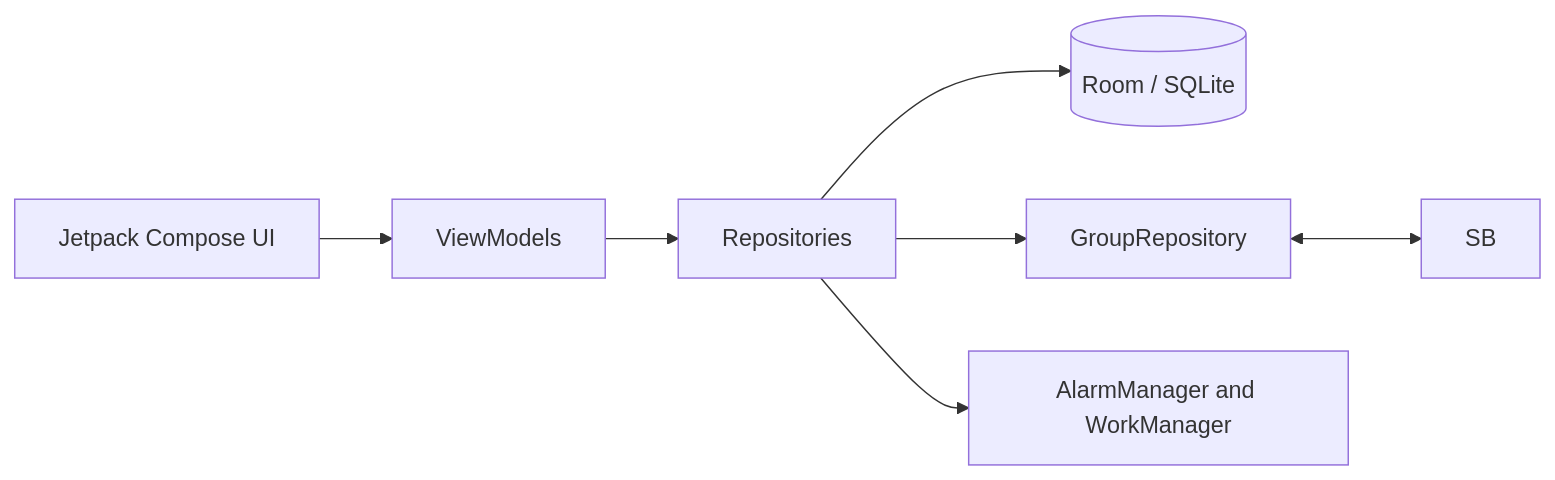
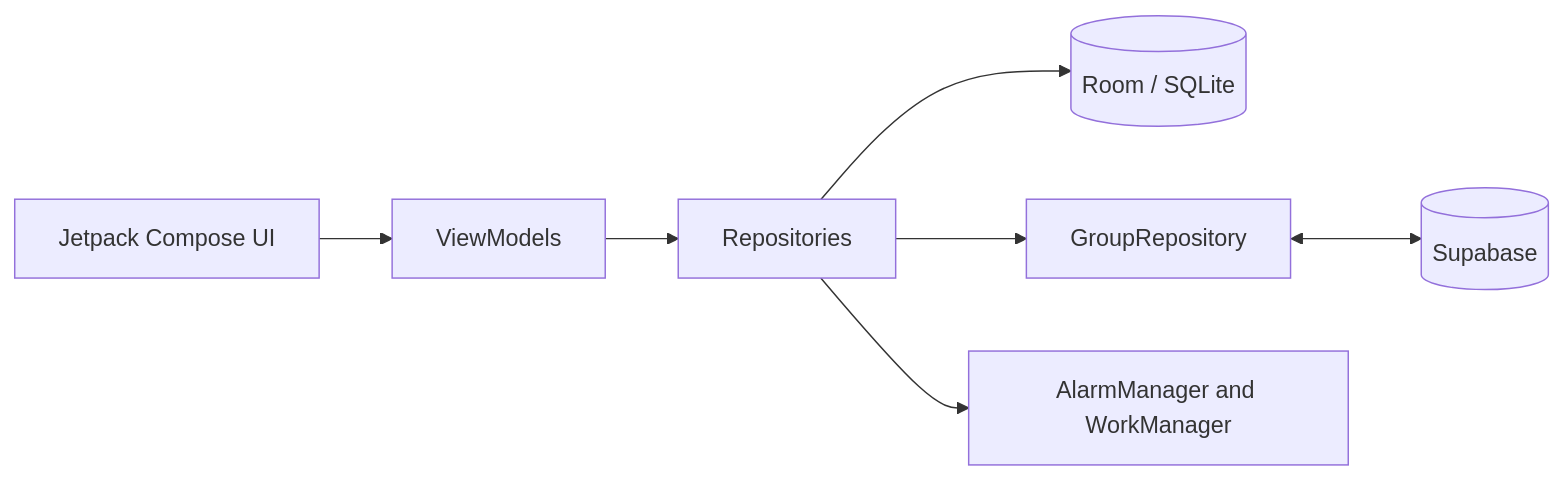
The diagram in README.md (ahmad-maqsood/unitask), drawn with Mermaid before and after one commit. The commit also changed other lines of this file and 1 other file, not shown here.

First line of the commit message:
docs: improve README with highlights, build steps and a fixed diagram

````diff
--- a/README.md
+++ b/README.md
@@ -180,9 +198,9 @@
 ```mermaid
 flowchart LR
     UI["Jetpack Compose UI"] --> VM["ViewModels"]
     VM --> Repo["Repositories"]
     Repo --> Room[("Room / SQLite")]
     Repo --> Groups["GroupRepository"]
-    Groups <--> SB
+    Groups <--> SB[("Supabase")]
     Repo --> Alarms["AlarmManager and WorkManager"]
 ```
````
